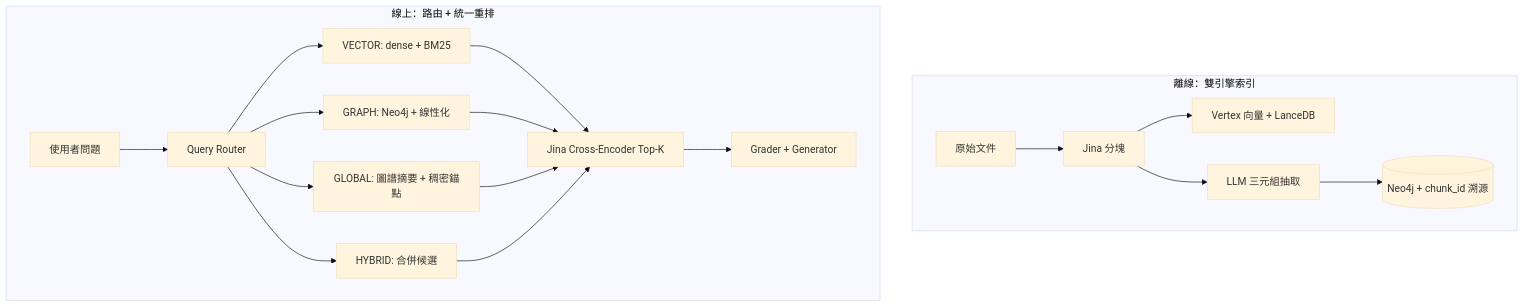
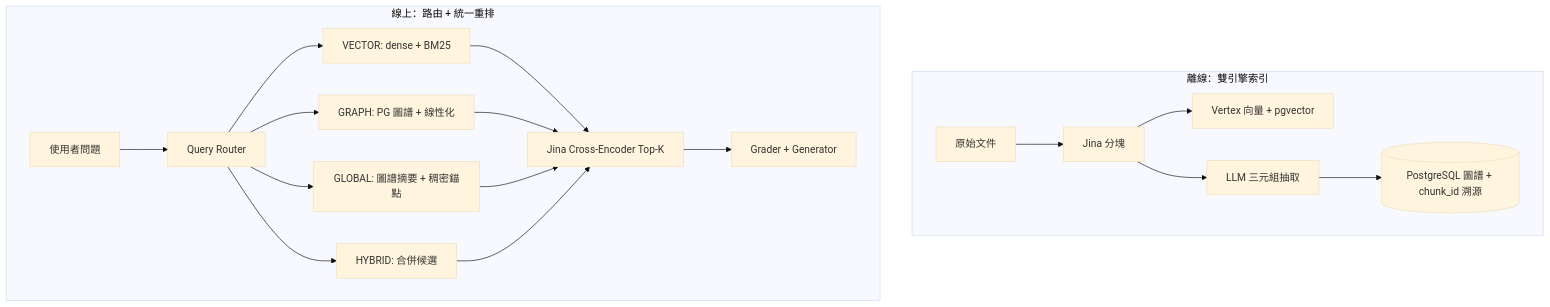
The diagram in README-ch.md (ordiy/DynaSense-RAG), drawn with Mermaid (base theme) before and after one commit. The commit also changed other lines of this file and 12 other files, not shown here.

First line of the commit message:
docs: replace Neo4j references with PostgreSQL AGE

````diff
--- a/README-ch.md
+++ b/README-ch.md
@@ -190,21 +190,21 @@
 ```mermaid
 flowchart TB
   subgraph ingest["離線：雙引擎索引"]
     D[原始文件] --> J[Jina 分塊]
-    J --> E[Vertex 向量 + LanceDB]
+    J --> E[Vertex 向量 + pgvector]
     J --> T[LLM 三元組抽取]
-    T --> N[(Neo4j + chunk_id 溯源)]
+    T --> N[(PostgreSQL 圖譜 + chunk_id 溯源)]
   end
   subgraph online["線上：路由 + 統一重排"]
     Q[使用者問題] --> R[Query Router]
     R --> V[VECTOR: dense + BM25]
-    R --> G[GRAPH: Neo4j + 線性化]
+    R --> G[GRAPH: PG 圖譜 + 線性化]
     R --> GL[GLOBAL: 圖譜摘要 + 稠密錨點]
     R --> HY[HYBRID: 合併候選]
     V --> RR[Jina Cross-Encoder Top-K]
     G --> RR
     GL --> RR
     HY --> RR
     RR --> P[Grader + Generator]
   end
 ```
````
